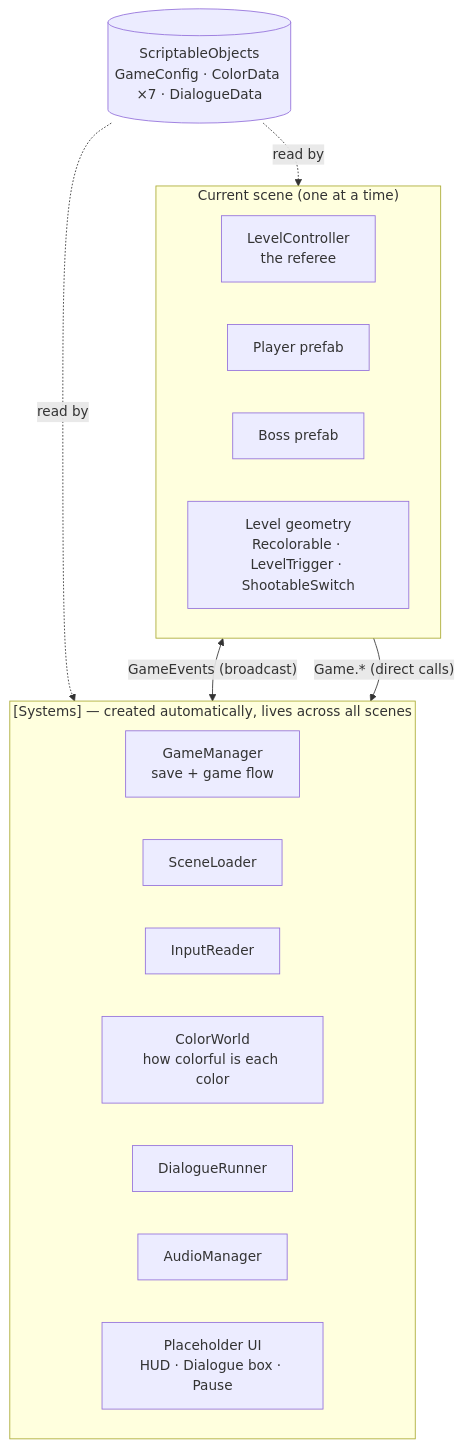
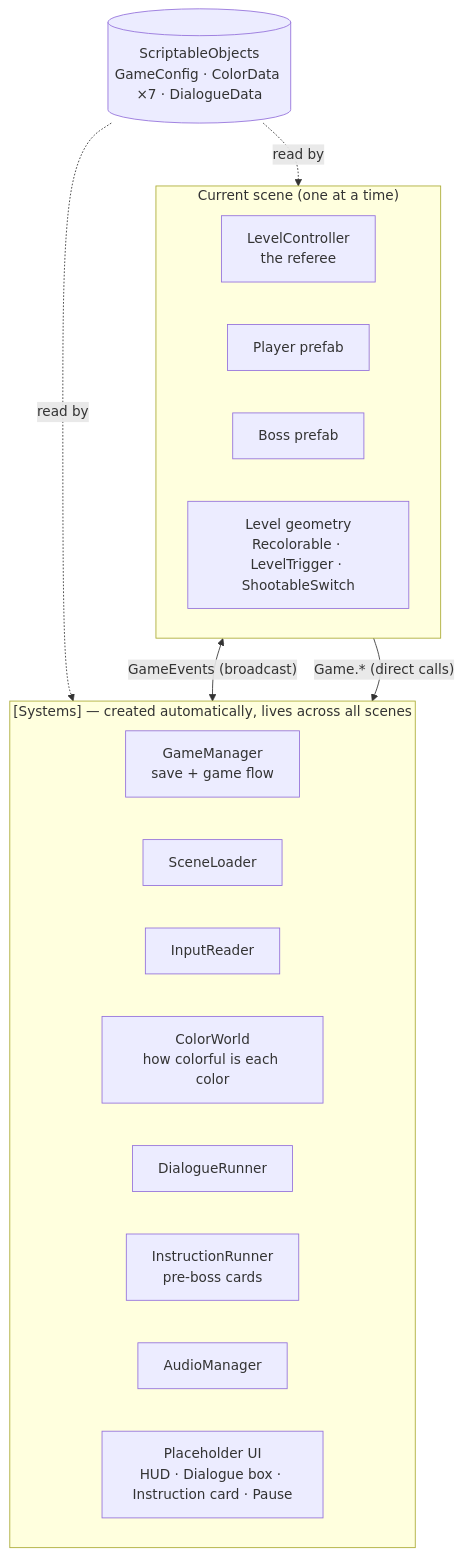
Before and after one commit to Waldron-Wang/Roygbiv_GameJam: the first of 3 diagrams in ARCHITECTURE.md, drawn with Mermaid. The commit also changed other lines of this file and 1 other file, not shown here.

Commit message:
Document instruction cards in the architecture and developer guides

````diff
--- a/ARCHITECTURE.md
+++ b/ARCHITECTURE.md
@@ -13,26 +13,27 @@
 ```mermaid
 flowchart TB
     subgraph Persistent["[Systems] — created automatically, lives across all scenes"]
         GM[GameManager<br/>save + game flow]
         SL[SceneLoader]
         IR[InputReader]
         CW[ColorWorld<br/>how colorful is each color]
         DR[DialogueRunner]
+        IN[InstructionRunner<br/>pre-boss cards]
         AM[AudioManager]
-        UI[Placeholder UI<br/>HUD · Dialogue box · Pause]
+        UI[Placeholder UI<br/>HUD · Dialogue box · Instruction card · Pause]
     end
 
     subgraph Scene["Current scene (one at a time)"]
         LC[LevelController<br/>the referee]
         P[Player prefab]
         B[Boss prefab]
         ENV[Level geometry<br/>Recolorable · LevelTrigger · ShootableSwitch]
     end
 
     DATA[(ScriptableObjects<br/>GameConfig · ColorData ×7 · DialogueData)]
 
     DATA -. read by .-> Persistent
     DATA -. read by .-> Scene
     Scene <-- "GameEvents (broadcast)" --> Persistent
     Scene -- "Game.* (direct calls)" --> Persistent
 ```
````
